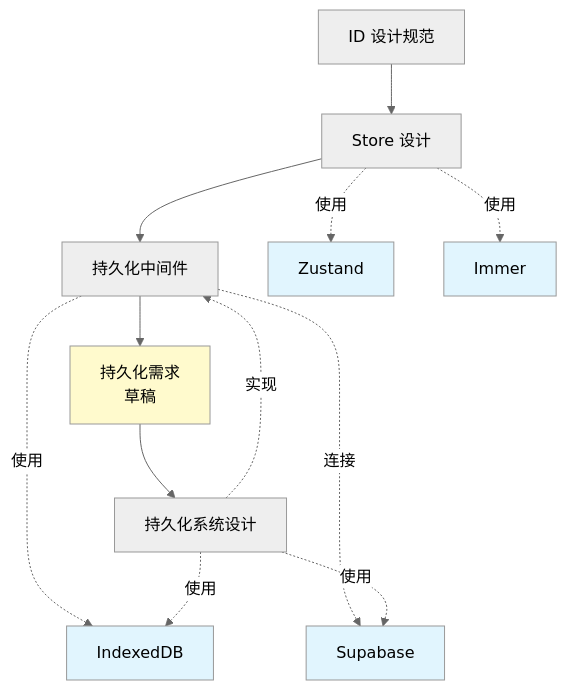
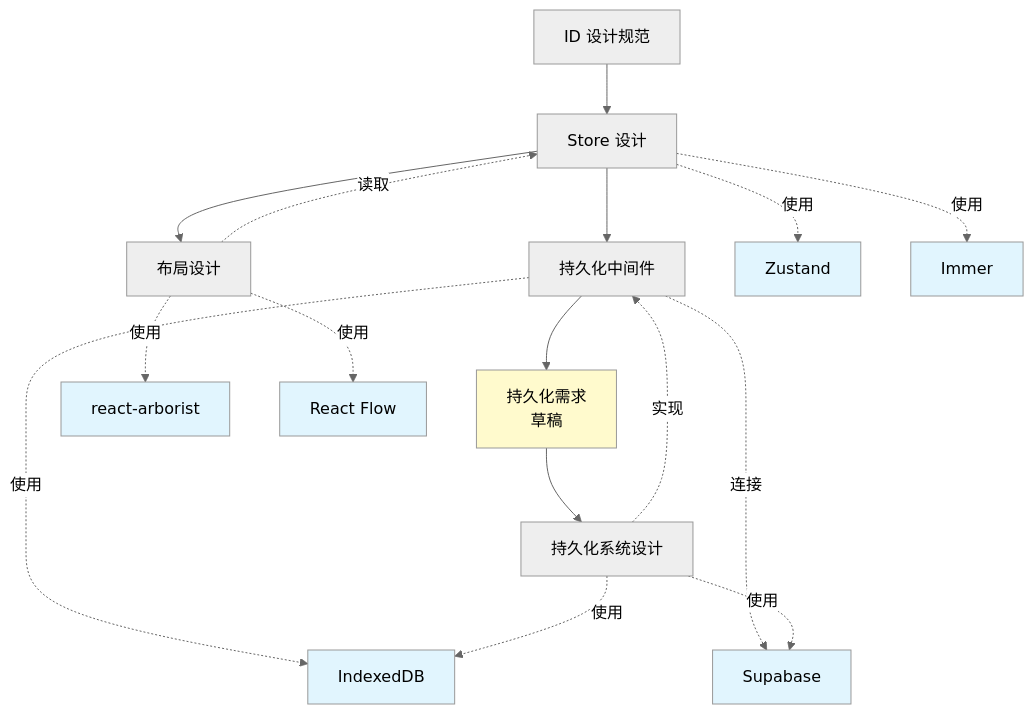
The diagram in docs/design/INDEX.md (colin-han/spider-mind-v2), drawn with Mermaid (neutral theme) before and after one commit. The commit also changed other lines of this file and 13 other files, not shown here.

````diff
--- a/docs/design/INDEX.md
+++ b/docs/design/INDEX.md
@@ -58,21 +71,29 @@
 ```mermaid
 graph TD
     A[ID 设计规范] --> B[Store 设计]
     B --> C[持久化中间件]
     C --> D[持久化需求<br/>草稿]
     D --> I[持久化系统设计]
+
+    B --> J[布局设计]
 
     B -.->|使用| E[Zustand]
     B -.->|使用| F[Immer]
     C -.->|使用| G[IndexedDB]
     C -.->|连接| H[Supabase]
     I -.->|使用| G
     I -.->|使用| H
     I -.->|实现| C
 
+    J -.->|读取| B
+    J -.->|使用| K[react-arborist]
+    J -.->|使用| L[React Flow]
+
     style D fill:#fffacd
     style E fill:#e1f5fe
     style F fill:#e1f5fe
     style G fill:#e1f5fe
     style H fill:#e1f5fe
+    style K fill:#e1f5fe
+    style L fill:#e1f5fe
 ```
````
